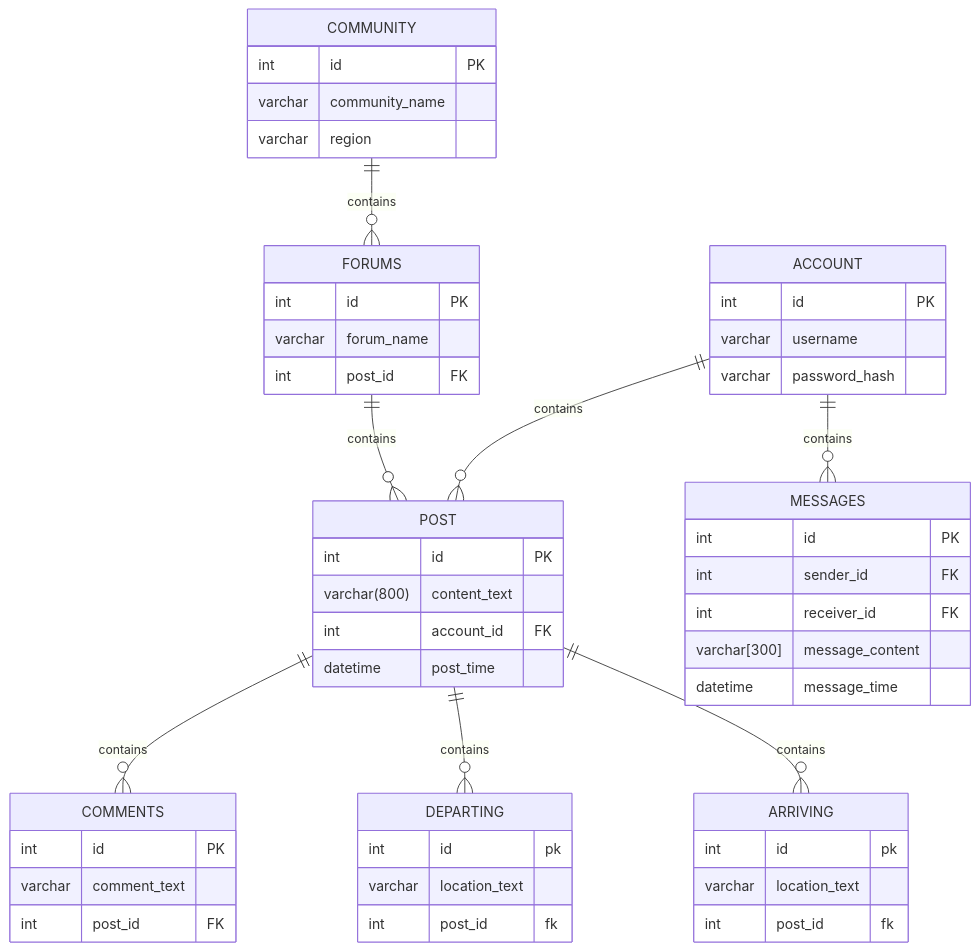
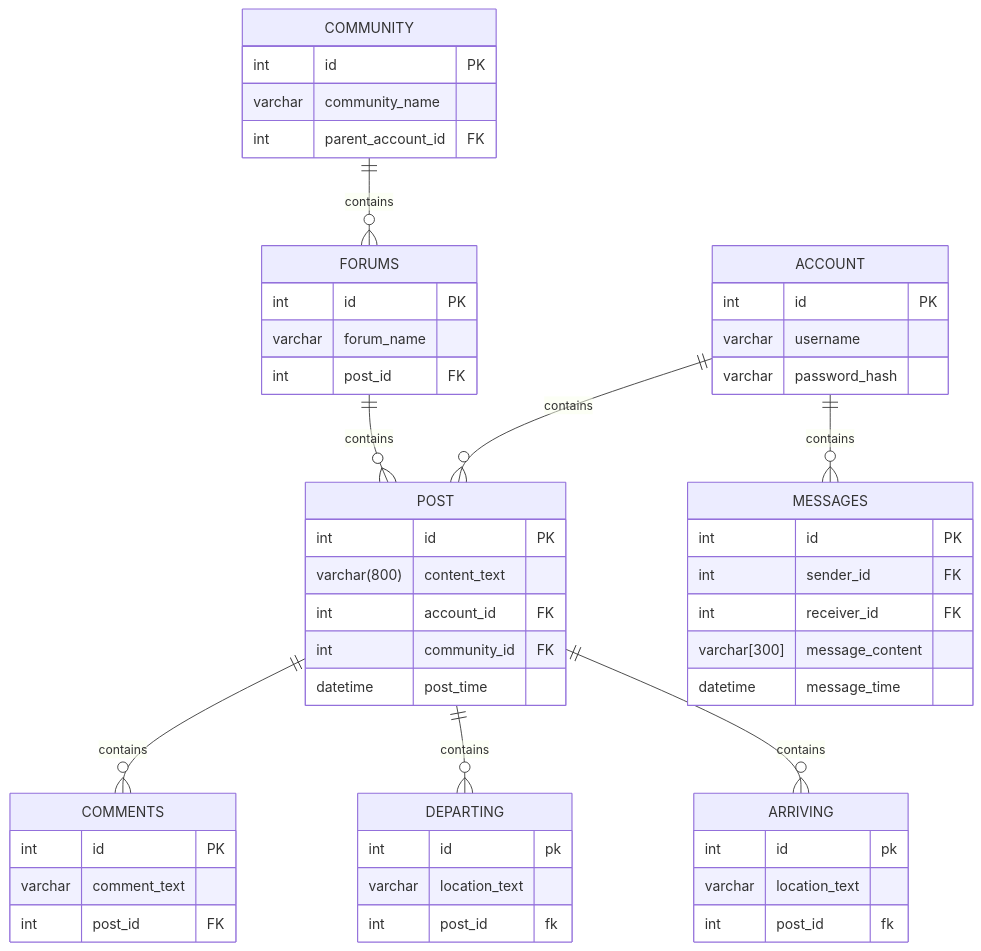
Before and after one commit to byui-cse397/2024WinCSE490PCP: the diagram in ProjectManagement/Design/SoftwareDesignDocument.md, drawn with Mermaid.

````diff
--- a/ProjectManagement/Design/SoftwareDesignDocument.md
+++ b/ProjectManagement/Design/SoftwareDesignDocument.md
@@ -552,63 +552,64 @@
 ```mermaid
 erDiagram
     ACCOUNT {
         int id PK
         varchar username
         varchar password_hash
     }
     POST {
         int id PK
         varchar(800) content_text
         int account_id FK
+        int community_id FK
         datetime post_time
     }
     
     ACCOUNT ||--o{ POST : contains
 
     COMMENTS {
         int id PK
         varchar comment_text
         int post_id FK
     }
 
     POST ||--o{ COMMENTS : contains
 
     DEPARTING {
         int id pk
         varchar location_text
         int post_id fk
     }
 
     POST ||--o{ DEPARTING : contains
 
     ARRIVING {
         int id pk
         varchar location_text
         int post_id fk
     }
 
     POST ||--o{ ARRIVING : contains
 
     COMMUNITY ||--o{ FORUMS : contains
     COMMUNITY {
         int id PK
         varchar community_name
-        varchar region
+        int parent_account_id FK
     }
 
     FORUMS ||--o{ POST : contains
     FORUMS {
         int id PK
         varchar forum_name
         int post_id FK
     }
 
      ACCOUNT ||--o{ MESSAGES: contains
     MESSAGES{
         int id PK
         int sender_id FK
         int receiver_id FK
         varchar[300] message_content
         datetime message_time
     }
 ```
````
